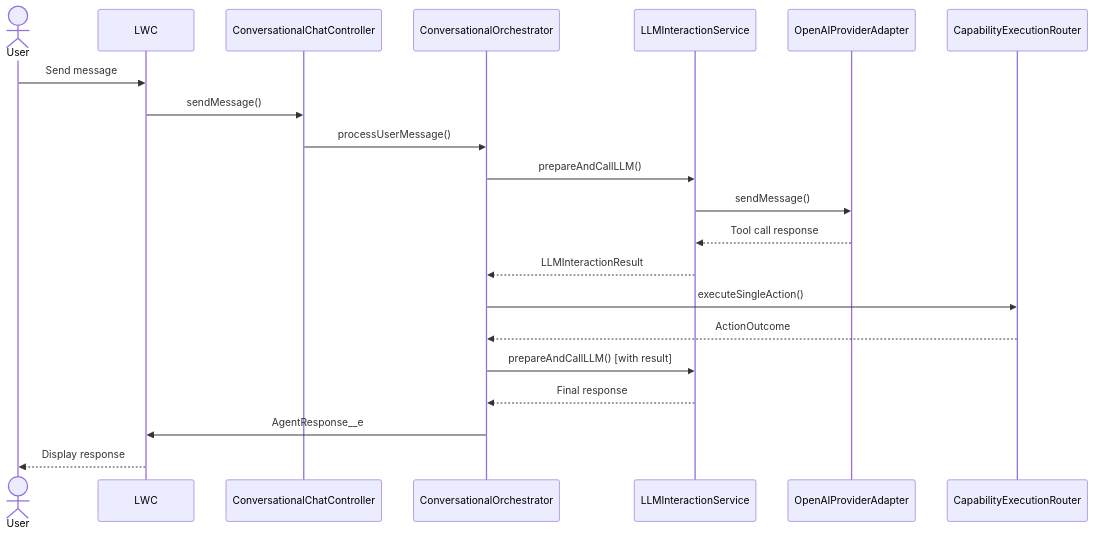
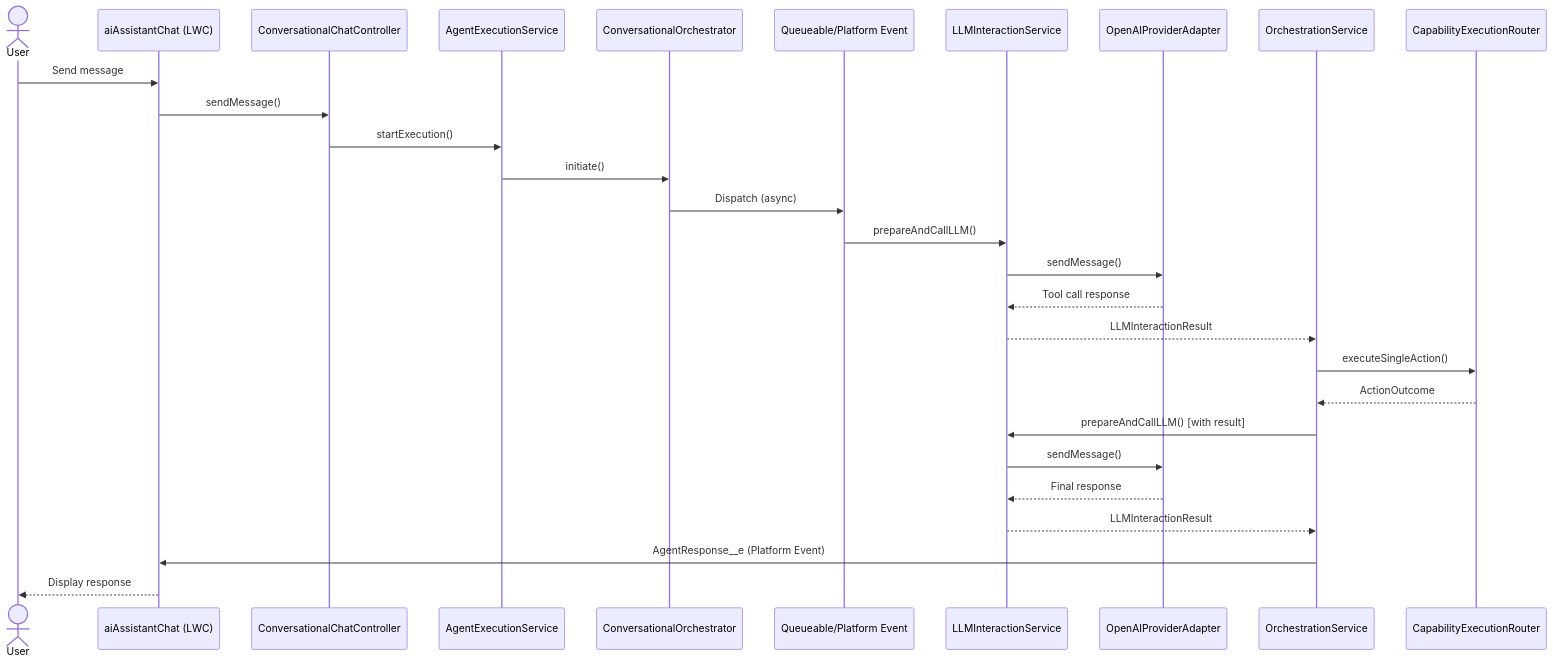
One commit to iamsonal/aiAgentStudio changed the first of 2 diagrams in README.md. Above: the diagram before and after it, drawn with Mermaid. The commit also changed other lines of this file and 14 other files, not shown here.

````diff
--- a/README.md
+++ b/README.md
@@ -264,24 +357,31 @@
 ```mermaid
 sequenceDiagram
     actor User
-    participant UI as LWC
+    participant UI as aiAssistantChat (LWC)
     participant Controller as ConversationalChatController
+    participant ExecService as AgentExecutionService
     participant Orchestrator as ConversationalOrchestrator
+    participant Async as Queueable/Platform Event
     participant LLM as LLMInteractionService
     participant Provider as OpenAIProviderAdapter
-    participant Action as CapabilityExecutionRouter
+    participant OrchSvc as OrchestrationService
+    participant Router as CapabilityExecutionRouter
 
     User->>UI: Send message
     UI->>Controller: sendMessage()
-    Controller->>Orchestrator: processUserMessage()
-    Orchestrator->>LLM: prepareAndCallLLM()
+    Controller->>ExecService: startExecution()
+    ExecService->>Orchestrator: initiate()
+    Orchestrator->>Async: Dispatch (async)
+    Async->>LLM: prepareAndCallLLM()
     LLM->>Provider: sendMessage()
     Provider-->>LLM: Tool call response
-    LLM-->>Orchestrator: LLMInteractionResult
-    Orchestrator->>Action: executeSingleAction()
-    Action-->>Orchestrator: ActionOutcome
-    Orchestrator->>LLM: prepareAndCallLLM() [with result]
-    LLM-->>Orchestrator: Final response
-    Orchestrator->>UI: AgentResponse__e
+    LLM-->>OrchSvc: LLMInteractionResult
+    OrchSvc->>Router: executeSingleAction()
+    Router-->>OrchSvc: ActionOutcome
+    OrchSvc->>LLM: prepareAndCallLLM() [with result]
+    LLM->>Provider: sendMessage()
+    Provider-->>LLM: Final response
+    LLM-->>OrchSvc: LLMInteractionResult
+    OrchSvc->>UI: AgentResponse__e (Platform Event)
     UI-->>User: Display response
 ```
````
